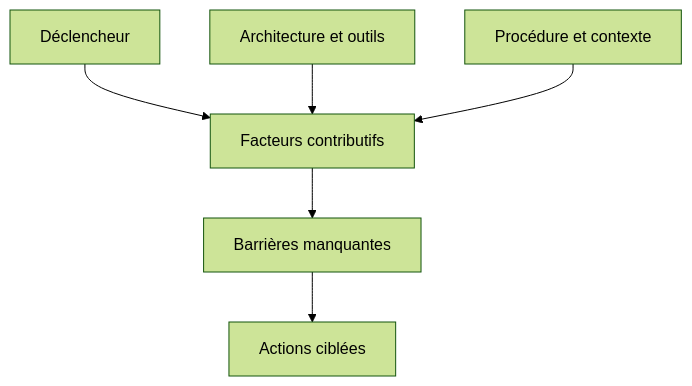
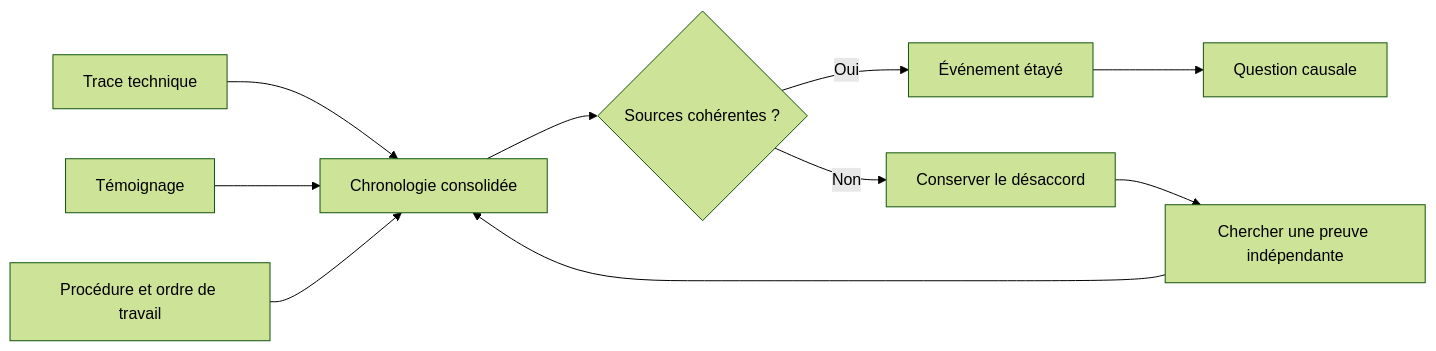
The second of 7 diagrams in content/lessons/maint-retour-experience-expert.md (biggyseven/Skill-Tree), drawn with Mermaid (forest theme) before and after one commit. The commit also changed other lines of this file, not shown here.

````diff
--- a/content/lessons/maint-retour-experience-expert.md
+++ b/content/lessons/maint-retour-experience-expert.md
@@ -75,8 +227,12 @@
-~~~mermaid
-flowchart TD
-  A[Déclencheur] --> D[Facteurs contributifs]
-  B[Architecture et outils] --> D
-  C[Procédure et contexte] --> D
-  D --> E[Barrières manquantes]
-  E --> F[Actions ciblées]
-~~~
+```mermaid
+flowchart LR
+    A["Trace technique"] --> D["Chronologie consolidée"]
+    B["Témoignage"] --> D
+    C["Procédure et ordre de travail"] --> D
+    D --> E{"Sources cohérentes ?"}
+    E -- "Oui" --> F["Événement étayé"]
+    E -- "Non" --> G["Conserver le désaccord"]
+    G --> H["Chercher une preuve indépendante"]
+    H --> D
+    F --> I["Question causale"]
+```
````
